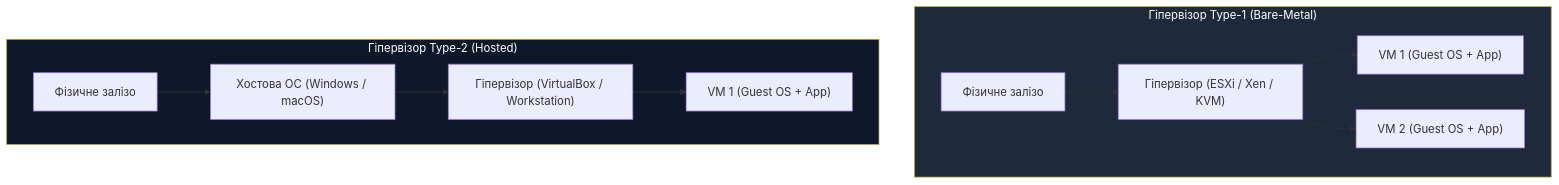
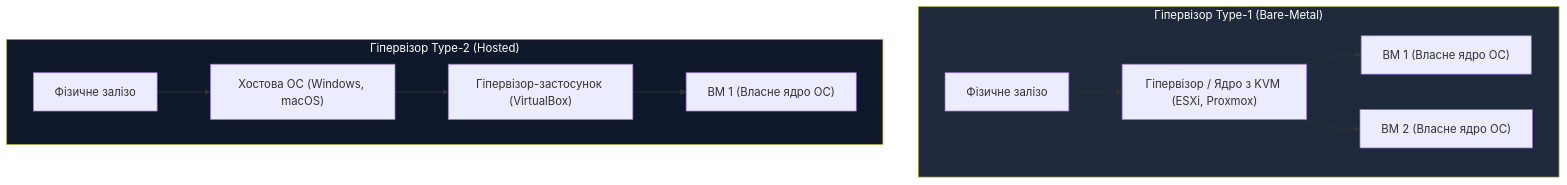
The first of 3 diagrams in docs/03_isolation_mechanics.md (vplanto/cloud_grid), drawn with Mermaid before and after one commit. The commit also changed other lines of this file and 11 other files, not shown here.

````diff
--- a/docs/03_isolation_mechanics.md
+++ b/docs/03_isolation_mechanics.md
@@ -147,17 +122,17 @@
 ```mermaid
 flowchart TD
     subgraph T1 ["Гіпервізор Type-1 (Bare-Metal)"]
-        HW1["Фізичне залізо"] --> HYP1["Гіпервізор (ESXi / Xen / KVM)"]
-        HYP1 --> VM1["VM 1 (Guest OS + App)"]
-        HYP1 --> VM2["VM 2 (Guest OS + App)"]
+        HW1["Фізичне залізо"] --> HYP1["Гіпервізор / Ядро з KVM (ESXi, Proxmox)"]
+        HYP1 --> VM1["ВМ 1 (Власне ядро ОС)"]
+        HYP1 --> VM2["ВМ 2 (Власне ядро ОС)"]
     end
 
     subgraph T2 ["Гіпервізор Type-2 (Hosted)"]
-        HW2["Фізичне залізо"] --> OS2["Хостова ОС (Windows / macOS)"]
-        OS2 --> HYP2["Гіпервізор (VirtualBox / Workstation)"]
-        HYP2 --> VM3["VM 1 (Guest OS + App)"]
+        HW2["Фізичне залізо"] --> OS2["Хостова ОС (Windows, macOS)"]
+        OS2 --> HYP2["Гіпервізор-застосунок (VirtualBox)"]
+        HYP2 --> VM3["ВМ 1 (Власне ядро ОС)"]
     end
 
     style T1 fill:#1e293b,color:#fff
     style T2 fill:#0f172a,color:#fff
 ```
````
